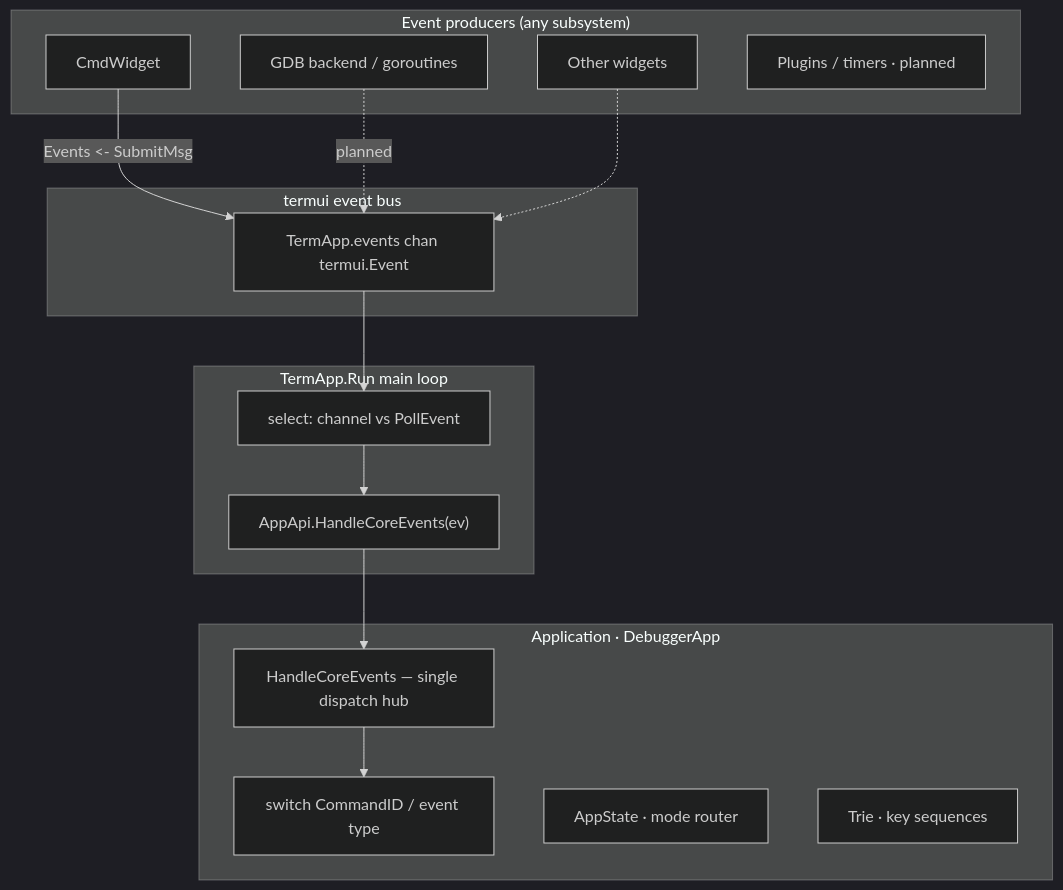
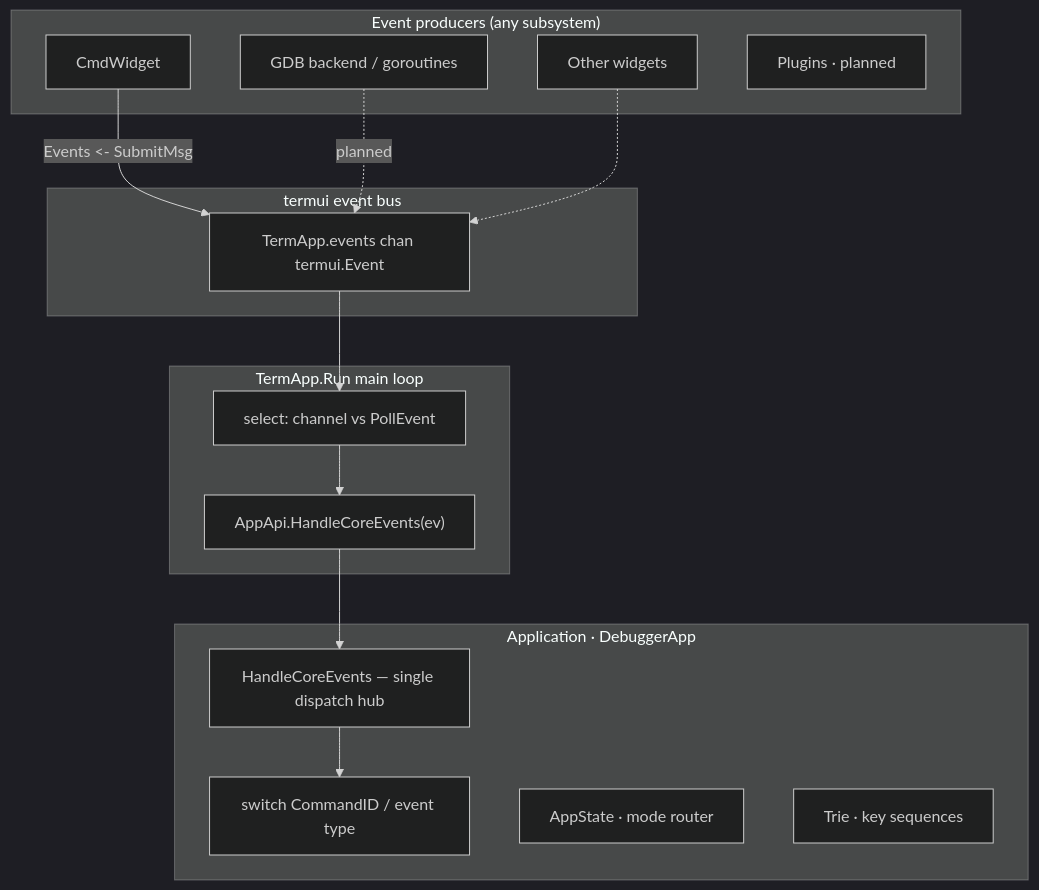
Before and after one commit to yairgd/gdbforge: the sixth of 7 diagrams in docs/ARCHITECTURE.md, drawn with Mermaid (dark theme). The commit also changed other lines of this file and 12 other files, not shown here.

````diff
--- a/docs/ARCHITECTURE.md
+++ b/docs/ARCHITECTURE.md
@@ -650,30 +657,30 @@
 ```mermaid
 flowchart TB
     subgraph Producers["Event producers (any subsystem)"]
         CmdW["CmdWidget"]
         GDB["GDB backend / goroutines"]
         Widgets["Other widgets"]
-        Future["Plugins / timers · planned"]
+        Future["Plugins · planned"]
     end
 
     subgraph Bus["termui event bus"]
         Chan["TermApp.events chan termui.Event"]
     end
 
     subgraph Loop["TermApp.Run main loop"]
         Select["select: channel vs PollEvent"]
         CoreDispatch["AppApi.HandleCoreEvents(ev)"]
     end
 
     subgraph App["Application · DebuggerApp"]
         Handler["HandleCoreEvents — single dispatch hub"]
         CmdSwitch["switch CommandID / event type"]
         Modes["AppState · mode router"]
         TrieNode["Trie · key sequences"]
     end
 
     CmdW -->|"Events <- SubmitMsg"| Chan
     GDB -.->|"planned"| Chan
     Widgets -.-> Chan
     Chan --> Select --> CoreDispatch --> Handler --> CmdSwitch
 ```
````
